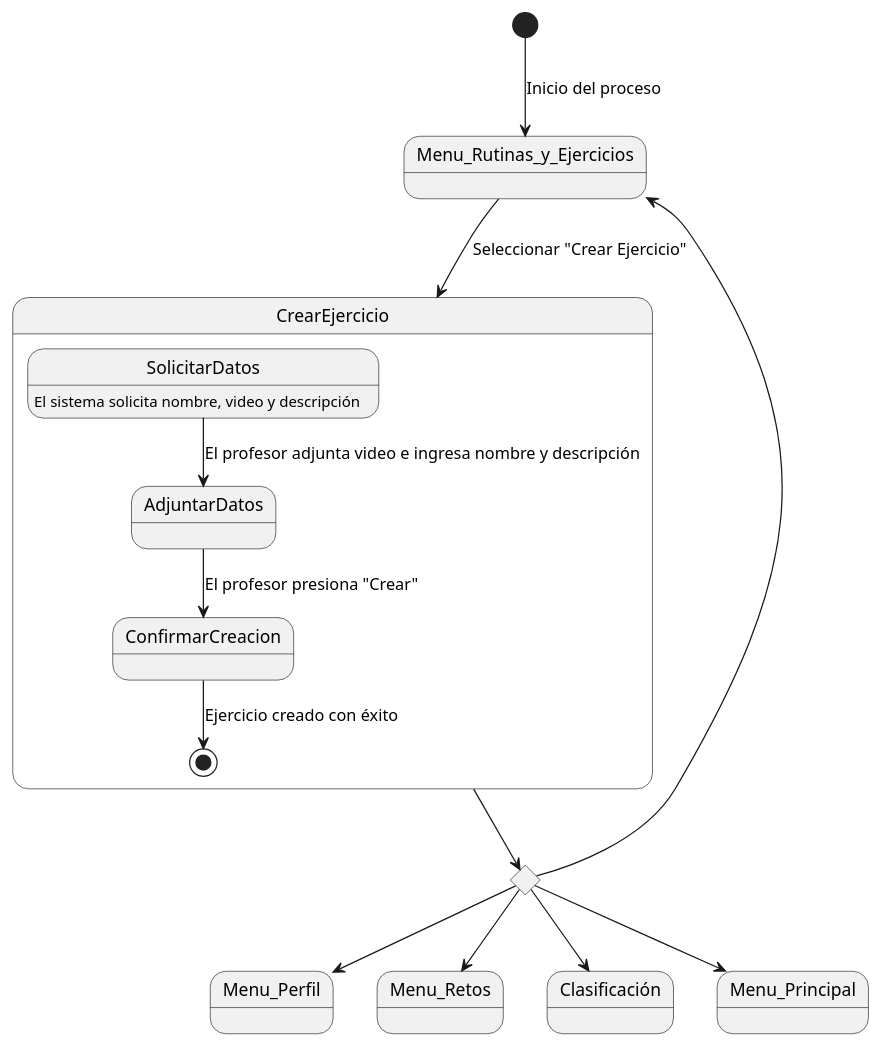
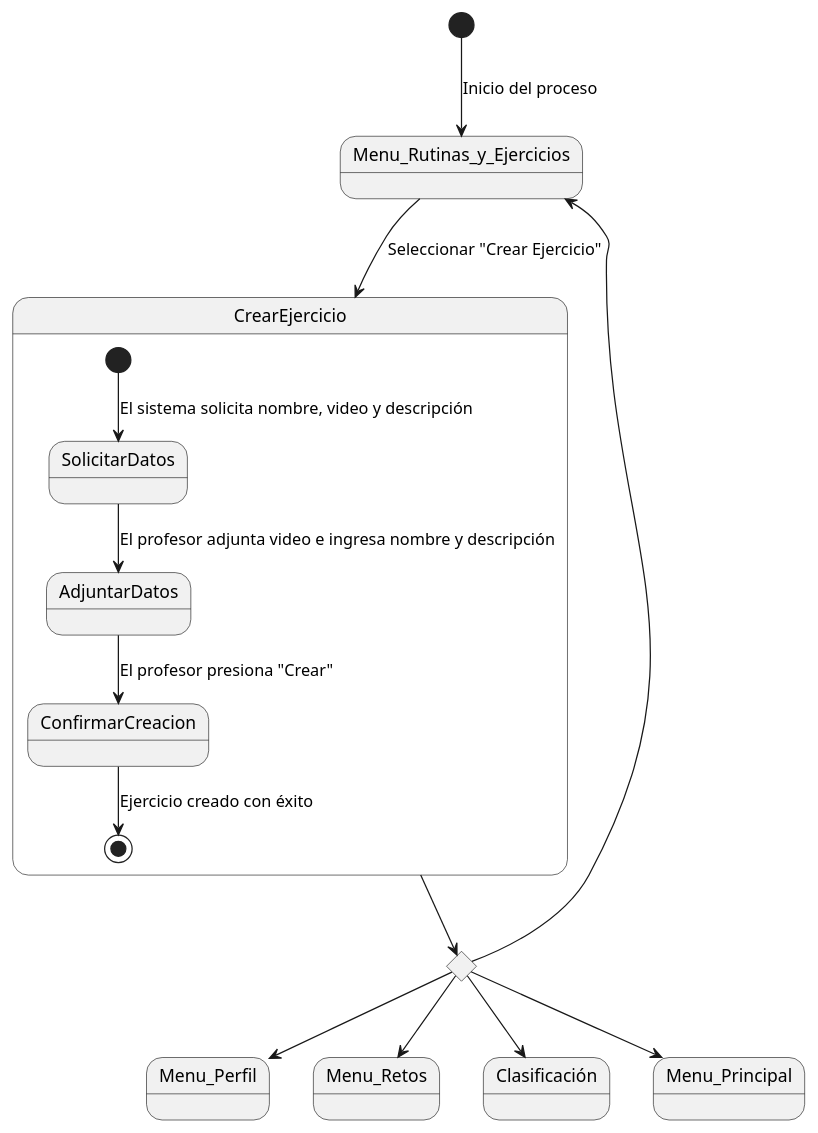
The diagram in Documentos/DetallarCasosDeUso/Profesor/CrearEjercicio.puml (mmasias/24-25-IdSw1-SDR), drawn with PlantUML before and after one commit.

```diff
--- a/Documentos/DetallarCasosDeUso/Profesor/CrearEjercicio.puml
+++ b/Documentos/DetallarCasosDeUso/Profesor/CrearEjercicio.puml
@@ -1,20 +1,20 @@
 @startuml
 [*] --> Menu_Rutinas_y_Ejercicios : Inicio del proceso
 state rombo <<choice>>
  rombo --> Menu_Perfil
  rombo --> Menu_Retos
   rombo --> Clasificación 
  rombo --> Menu_Rutinas_y_Ejercicios 
 rombo --> Menu_Principal
 
 Menu_Rutinas_y_Ejercicios --> CrearEjercicio : Seleccionar "Crear Ejercicio"
 CrearEjercicio --> rombo
 state CrearEjercicio {
-  SolicitarDatos : El sistema solicita nombre, video y descripción
+  [*] --> SolicitarDatos : El sistema solicita nombre, video y descripción
   SolicitarDatos --> AdjuntarDatos : El profesor adjunta video e ingresa nombre y descripción
   AdjuntarDatos --> ConfirmarCreacion : El profesor presiona "Crear"
   ConfirmarCreacion --> [*] : Ejercicio creado con éxito
 }
 
 
 @enduml
```
